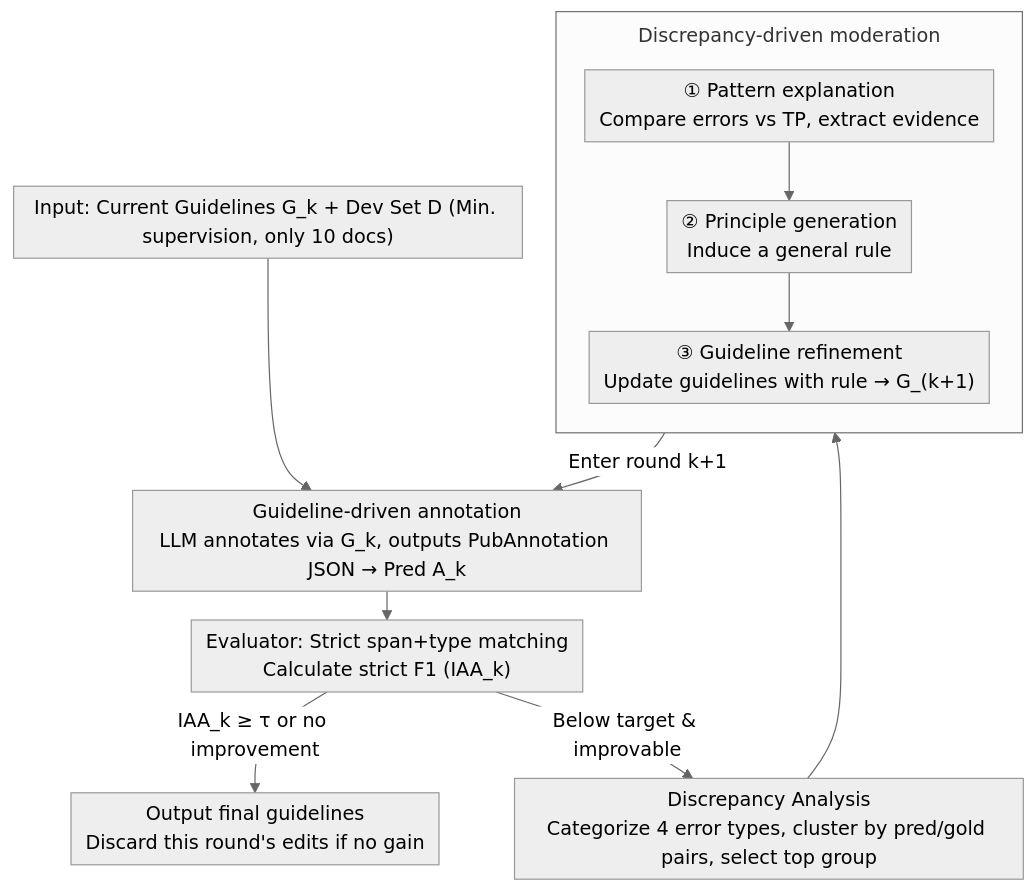
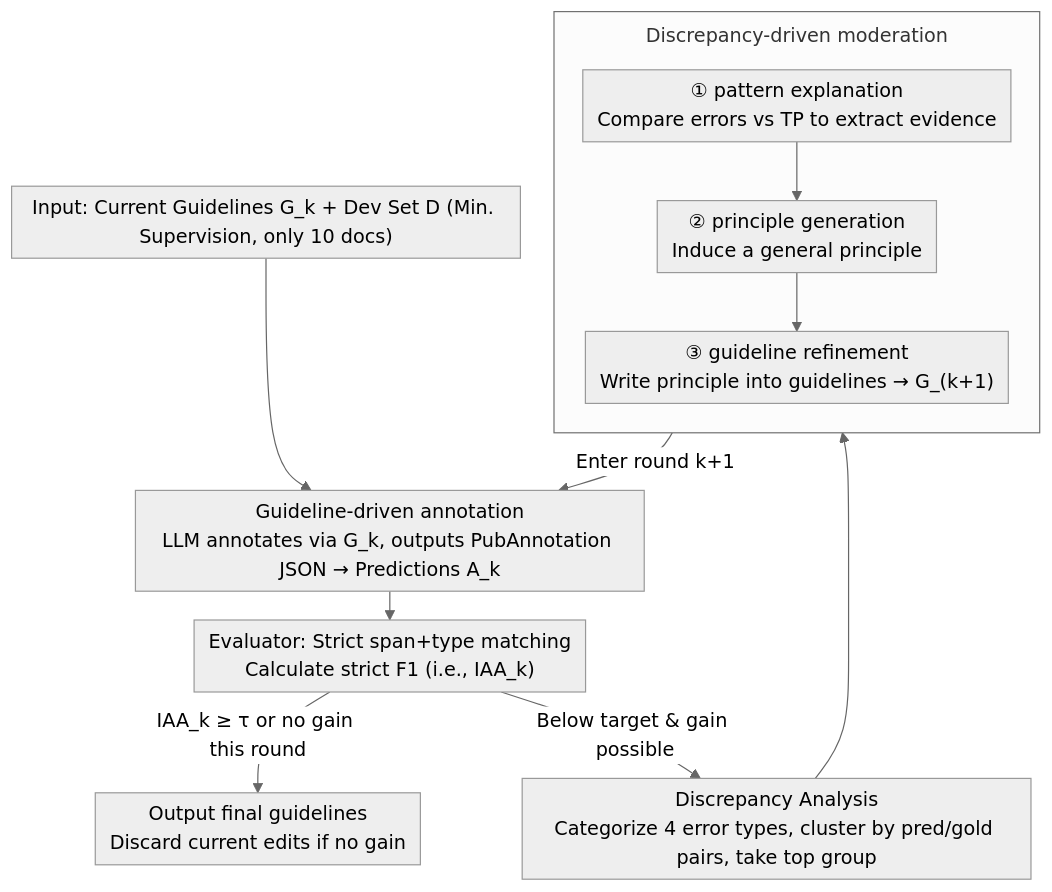
Before and after one commit to zhaoyang97/Paper-Notes-en: the diagram in docs/ACL2026/nlp_understanding/refining_and_reusing_annotation_guidelines_for_llm_annotation.md, drawn with Mermaid (neutral theme). The commit also changed other lines of this file and 5084 other files, not shown here.

````diff
--- a/docs/ACL2026/nlp_understanding/refining_and_reusing_annotation_guidelines_for_llm_annotation.md
+++ b/docs/ACL2026/nlp_understanding/refining_and_reusing_annotation_guidelines_for_llm_annotation.md
@@ -44,17 +44,17 @@
 ```mermaid
 %%{init: {'flowchart': {'rankSpacing': 24, 'nodeSpacing': 28, 'padding': 6, 'wrappingWidth': 400, 'subGraphTitleMargin': {'top': 8, 'bottom': 16}}}}%%
 flowchart TD
-    A["Input: Current Guidelines G_k + Dev Set D (Min. supervision, only 10 docs)"] --> B["Guideline-driven annotation<br/>LLM annotates via G_k, outputs PubAnnotation JSON → Pred A_k"]
-    B --> C["Evaluator: Strict span+type matching<br/>Calculate strict F1 (IAA_k)"]
-    C -->|"IAA_k ≥ τ or no improvement"| Z["Output final guidelines<br/>Discard this round's edits if no gain"]
-    C -->|"Below target & improvable"| D["Discrepancy Analysis<br/>Categorize 4 error types, cluster by pred/gold pairs, select top group"]
+    A["Input: Current Guidelines G_k + Dev Set D (Min. Supervision, only 10 docs)"] --> B["Guideline-driven annotation<br/>LLM annotates via G_k, outputs PubAnnotation JSON → Predictions A_k"]
+    B --> C["Evaluator: Strict span+type matching<br/>Calculate strict F1 (i.e., IAA_k)"]
+    C -->|"IAA_k ≥ τ or no gain this round"| Z["Output final guidelines<br/>Discard current edits if no gain"]
+    C -->|"Below target & gain possible"| D["Discrepancy Analysis<br/>Categorize 4 error types, cluster by pred/gold pairs, take top group"]
     D --> MOD
     subgraph MOD["Discrepancy-driven moderation"]
         direction TB
-        E["① Pattern explanation<br/>Compare errors vs TP, extract evidence"]
-        F["② Principle generation<br/>Induce a general rule"]
-        G["③ Guideline refinement<br/>Update guidelines with rule → G_(k+1)"]
+        E["① pattern explanation<br/>Compare errors vs TP to extract evidence"]
+        F["② principle generation<br/>Induce a general principle"]
+        G["③ guideline refinement<br/>Write principle into guidelines → G_(k+1)"]
         E --> F --> G
     end
     MOD -->|"Enter round k+1"| B
 ```
````
